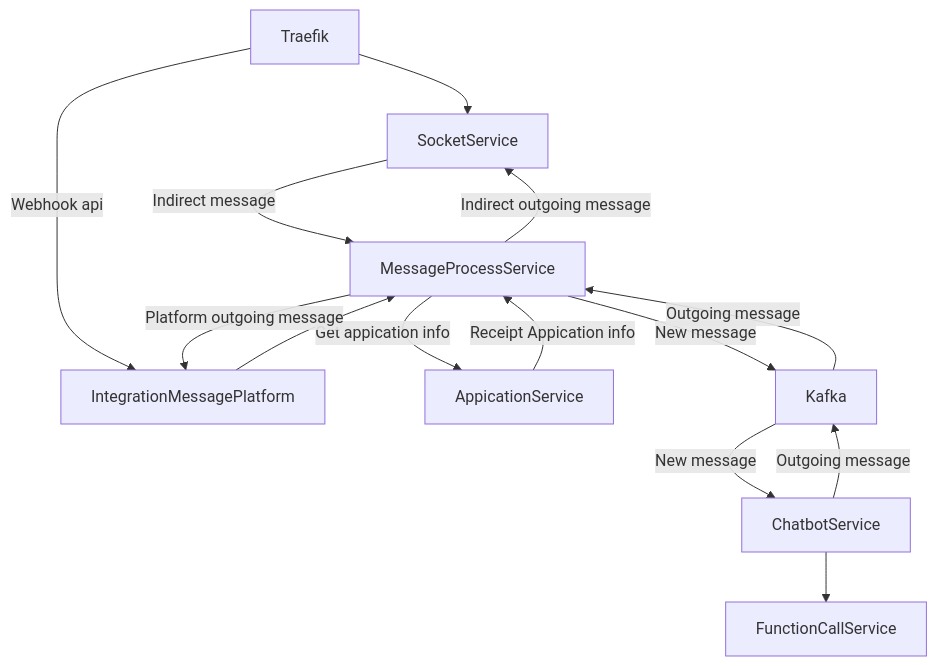
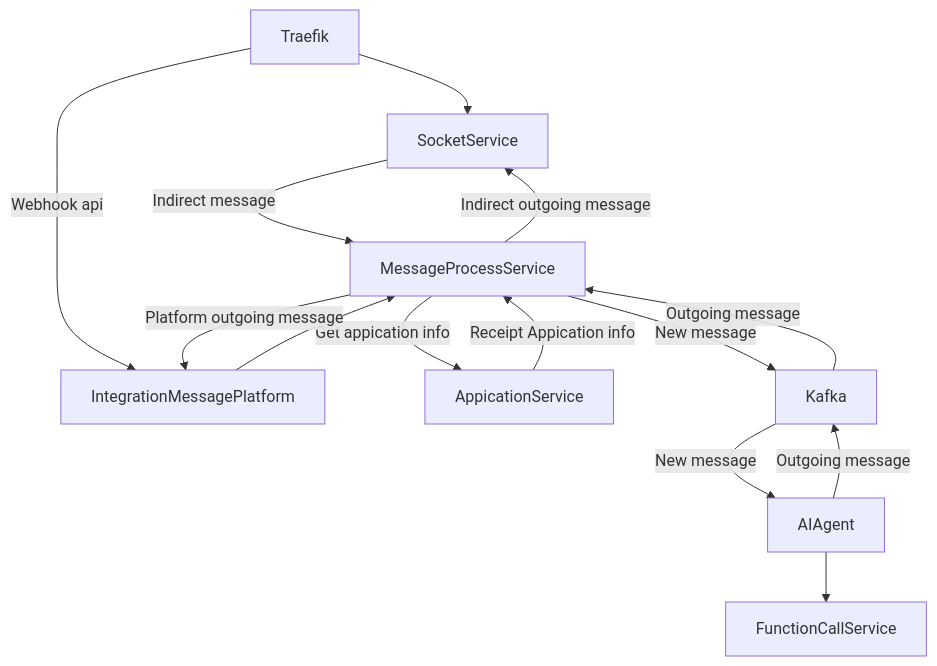
Before and after one commit to AI-and-Microservices/ai-system-architecture: the second of 3 diagrams in architecture.md, drawn with Mermaid. The commit also changed other lines of this file, not shown here.

````diff
--- a/architecture.md
+++ b/architecture.md
@@ -37,17 +38,17 @@
 ```mermaid
 flowchart TB
     Traefik --> SocketService
     Traefik --> | Webhook api | IntegrationMessagePlatform
     IntegrationMessagePlatform --> MessageProcessService
     SocketService --> |Indirect message| MessageProcessService
     MessageProcessService --> |Get appication info| AppicationService
     AppicationService --> |Receipt Appication info| MessageProcessService
     MessageProcessService --> |New message| Kafka
-    Kafka --> |New message| ChatbotService
-    ChatbotService --> FunctionCallService
-    ChatbotService --> |Outgoing message| Kafka
+    Kafka --> |New message| AIAgent
+    AIAgent --> FunctionCallService
+    AIAgent --> |Outgoing message| Kafka
     Kafka --> |Outgoing message| MessageProcessService
     MessageProcessService --> |Indirect outgoing message| SocketService
     MessageProcessService --> |Platform outgoing message| IntegrationMessagePlatform
 
 ```
````
